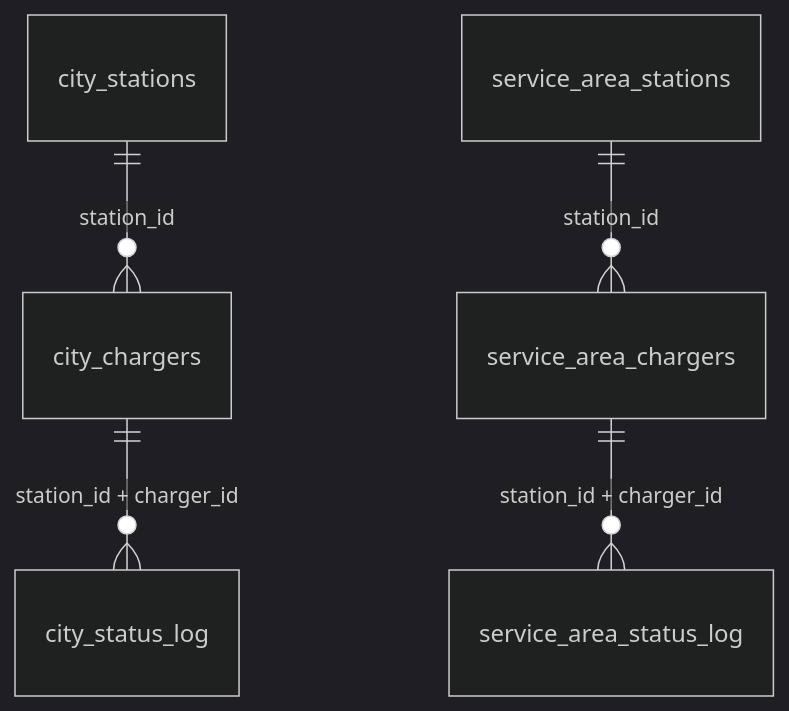
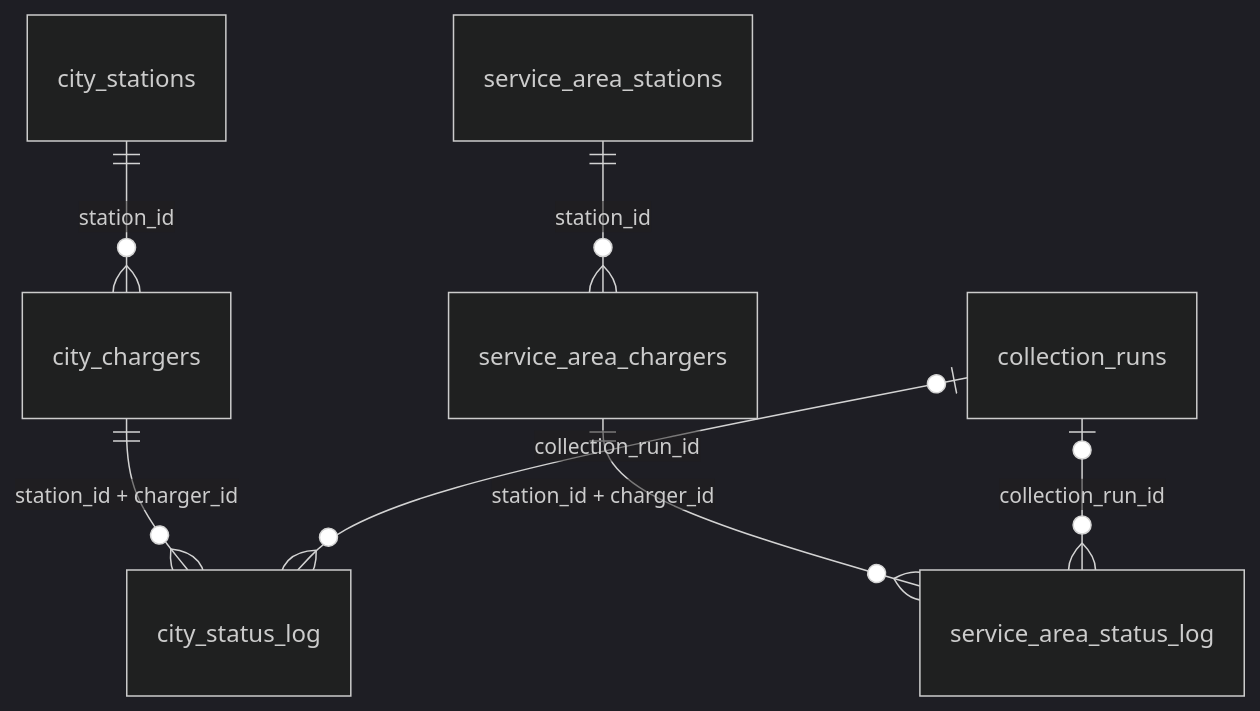
One commit to 2026-Capstone4/ev-flow changed the diagram in docs/database.md. Above: the diagram before and after it, drawn with Mermaid (dark theme). The commit also changed other lines of this file and 6 other files, not shown here.

````diff
--- a/docs/database.md
+++ b/docs/database.md
@@ -31,7 +32,9 @@
 ```mermaid
 erDiagram
     city_stations ||--o{ city_chargers : "station_id"
     city_chargers ||--o{ city_status_log : "station_id + charger_id"
     service_area_stations ||--o{ service_area_chargers : "station_id"
     service_area_chargers ||--o{ service_area_status_log : "station_id + charger_id"
+    collection_runs |o--o{ city_status_log : "collection_run_id"
+    collection_runs |o--o{ service_area_status_log : "collection_run_id"
 ```
````
